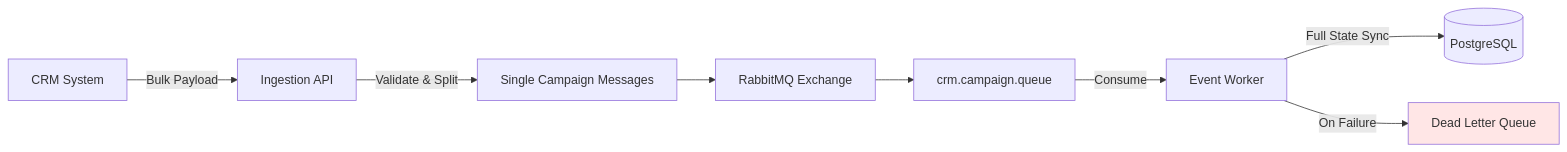
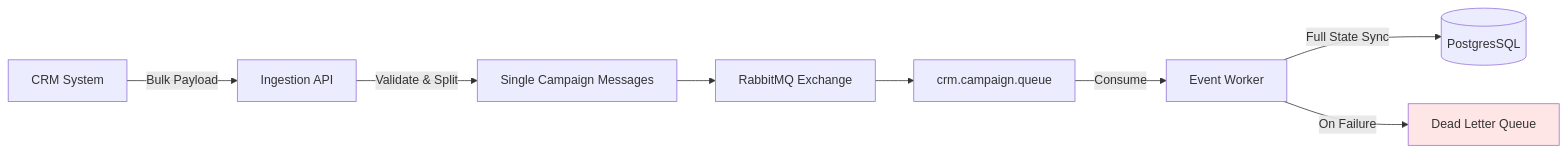
Before and after one commit to RominaTrazziSpindox/EssProject: the diagram in docs/README.md, drawn with Mermaid. The commit also changed other lines of this file, not shown here.

````diff
--- a/docs/README.md
+++ b/docs/README.md
@@ -36,18 +38,18 @@
 ```mermaid
 flowchart LR
     CRM[CRM System] -->|Bulk Payload| API[Ingestion API]
 
     API -->|Validate & Split| MSG[Single Campaign Messages]
 
     MSG --> EXCHANGE[RabbitMQ Exchange]
     EXCHANGE --> QUEUE[crm.campaign.queue]
 
     QUEUE -->|Consume| WORKER[Event Worker]
 
-    WORKER -->|Full State Sync| DB[(PostgreSQL)]
+    WORKER -->|Full State Sync| DB[(PostgresSQL)]
 
     WORKER -->|On Failure| DLQ[Dead Letter Queue]
 
     style DLQ fill:#ffe6e6
     
 ```
````
